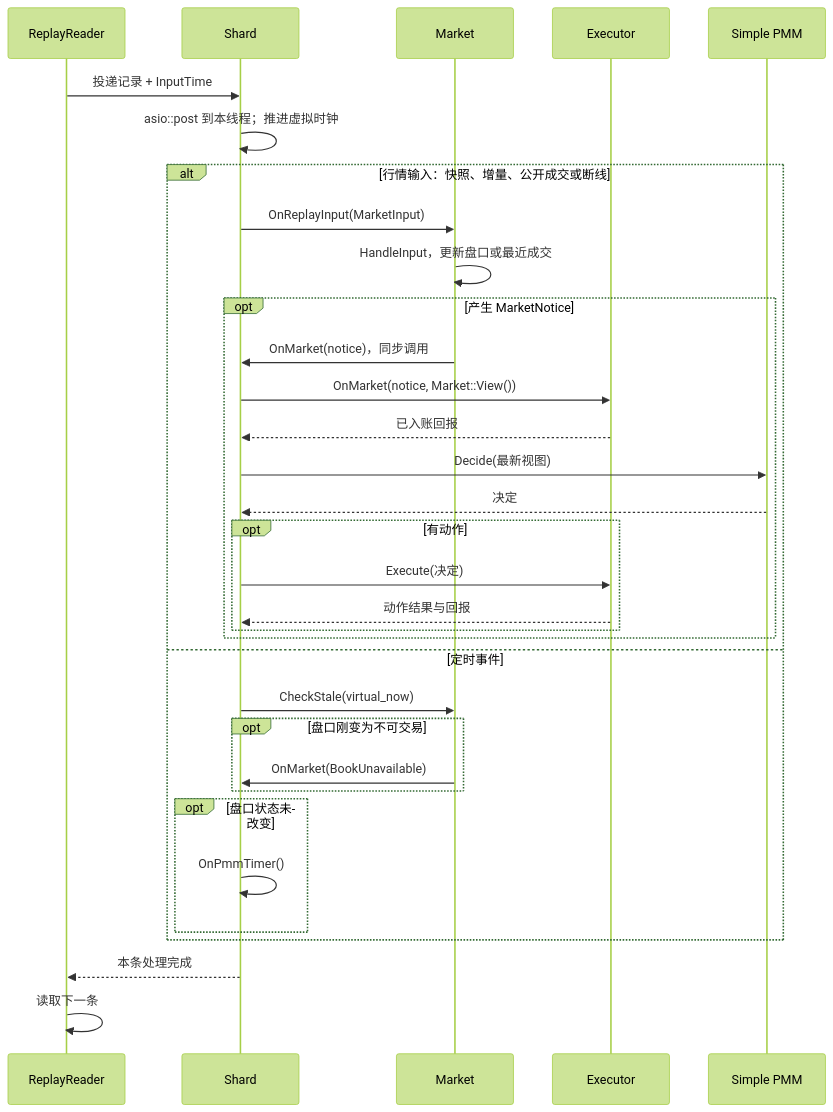
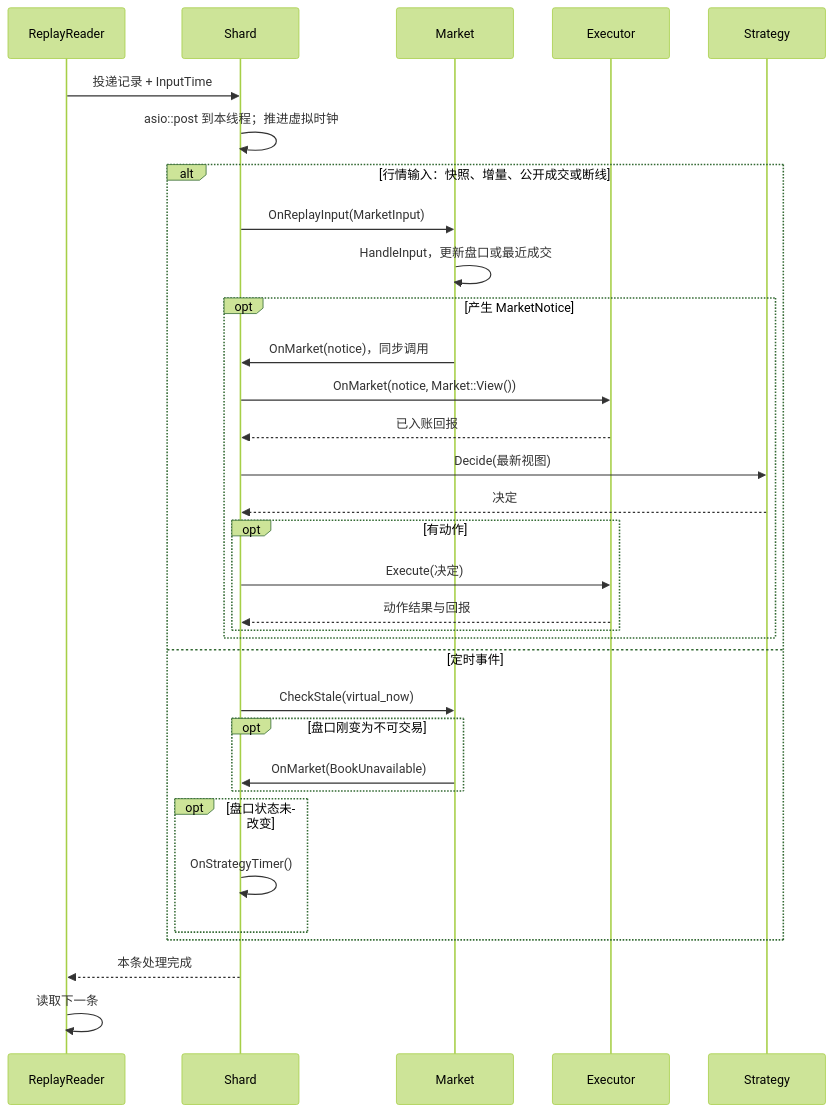
The third of 6 diagrams in docs/DESIGN.md (larrystd/hbot-quant), drawn with Mermaid (forest theme) before and after one commit. The commit also changed other lines of this file, not shown here.

Commit message:
Name the v1 quoting module Strategy

```diff
--- a/docs/DESIGN.md
+++ b/docs/DESIGN.md
@@ -205,35 +205,35 @@
 ~~~mermaid
 sequenceDiagram
     participant F as ReplayReader
     participant S as Shard
     participant M as Market
     participant E as Executor
-    participant P as Simple PMM
+    participant P as Strategy
     F->>S: 投递记录 + InputTime
     S->>S: asio::post 到本线程；推进虚拟时钟
     alt 行情输入：快照、增量、公开成交或断线
         S->>M: OnReplayInput(MarketInput)
         M->>M: HandleInput，更新盘口或最近成交
         opt 产生 MarketNotice
             M->>S: OnMarket(notice)，同步调用
             S->>E: OnMarket(notice, Market::View())
             E-->>S: 已入账回报
             S->>P: Decide(最新视图)
             P-->>S: 决定
             opt 有动作
                 S->>E: Execute(决定)
                 E-->>S: 动作结果与回报
             end
         end
     else 定时事件
         S->>M: CheckStale(virtual_now)
         opt 盘口刚变为不可交易
             M->>S: OnMarket(BookUnavailable)
         end
         opt 盘口状态未改变
-            S->>S: OnPmmTimer()
+            S->>S: OnStrategyTimer()
         end
     end
     S-->>F: 本条处理完成
     F->>F: 读取下一条
 ~~~
```
